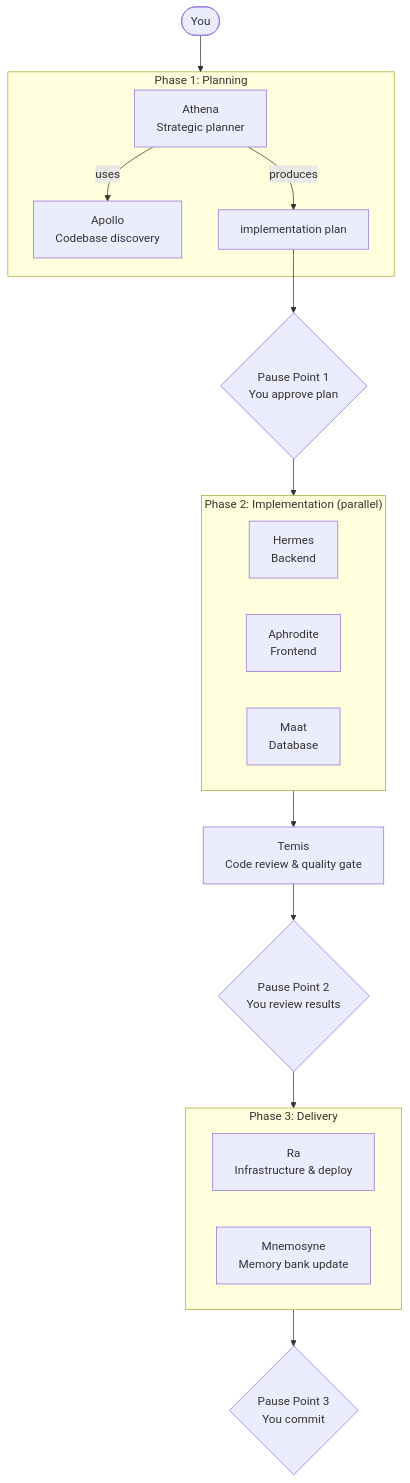
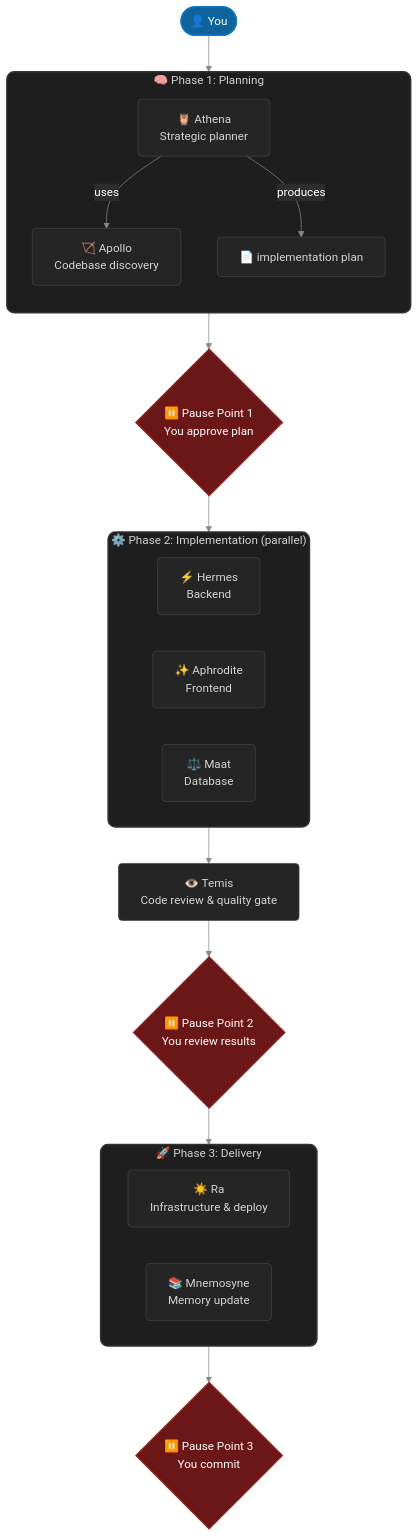
Before and after one commit to ils15/pantheon: the first of 2 diagrams in README.md, drawn with Mermaid. The commit also changed other lines of this file, not shown here.

Commit message:
docs: enhance Mermaid diagrams with improved styling and add a new section detailing VS Code Handoff integration.

````diff
--- a/README.md
+++ b/README.md
@@ -44,31 +44,43 @@
 ```mermaid
+%%{init: {'theme': 'base', 'themeVariables': { 'primaryColor': '#1e1e1e', 'primaryTextColor': '#fff', 'primaryBorderColor': '#333', 'lineColor': '#888', 'secondaryColor': '#2d2d2d', 'tertiaryColor': '#2d2d2d'}}}%%
 flowchart TD
-    User([You]) --> P1
+    classDef default fill:#252526,stroke:#454545,stroke-width:1px,color:#d4d4d4,rx:5px,ry:5px;
+    classDef highlight fill:#0e639c,stroke:#1177bb,stroke-width:2px,color:#ffffff,rx:8px,ry:8px;
+    classDef pause fill:#6b1717,stroke:#901f1f,stroke-width:2px,color:#ffffff,rx:8px,ry:8px;
 
-    subgraph P1["Phase 1: Planning"]
-        Athena[Athena\nStrategic planner]
-        Apollo1[Apollo\nCodebase discovery]
+    User([👤 You]):::highlight --> P1
+
+    subgraph P1["🧠 Phase 1: Planning"]
+        direction TB
+        Athena["🦉 Athena<br/>Strategic planner"]
+        Apollo1["🏹 Apollo<br/>Codebase discovery"]
         Athena -- uses --> Apollo1
-        Athena -- produces --> Plan[implementation plan]
+        Athena -- produces --> Plan["📄 implementation plan"]
     end
 
-    Plan --> Pause1{Pause Point 1\nYou approve plan}
+    Plan --> Pause1{"⏸️ Pause Point 1<br/>You approve plan"}:::pause
     Pause1 --> P2
 
-    subgraph P2["Phase 2: Implementation (parallel)"]
-        Hermes[Hermes\nBackend]
-        Aphrodite[Aphrodite\nFrontend]
-        Maat[Maat\nDatabase]
+    subgraph P2["⚙️ Phase 2: Implementation (parallel)"]
+        direction LR
+        Hermes["⚡ Hermes<br/>Backend"]
+        Aphrodite["✨ Aphrodite<br/>Frontend"]
+        Maat["⚖️ Maat<br/>Database"]
     end
 
-    P2 --> Temis[Temis\nCode review & quality gate]
-    Temis --> Pause2{Pause Point 2\nYou review results}
+    P2 --> Temis["👁️ Temis<br/>Code review & quality gate"]
+    Temis --> Pause2{"⏸️ Pause Point 2<br/>You review results"}:::pause
     Pause2 --> P3
 
-    subgraph P3["Phase 3: Delivery"]
-        Ra[Ra\nInfrastructure & deploy]
-        Mnemosyne[Mnemosyne\nMemory bank update]
+    subgraph P3["🚀 Phase 3: Delivery"]
+        direction LR
+        Ra["☀️ Ra<br/>Infrastructure & deploy"]
+        Mnemosyne["📚 Mnemosyne<br/>Memory update"]
     end
 
-    P3 --> Pause3{Pause Point 3\nYou commit}
+    P3 --> Pause3{"⏸️ Pause Point 3<br/>You commit"}:::pause
+    
+    style P1 fill:#1e1e1e,stroke:#333,stroke-width:2px,rx:10px
+    style P2 fill:#1e1e1e,stroke:#333,stroke-width:2px,rx:10px
+    style P3 fill:#1e1e1e,stroke:#333,stroke-width:2px,rx:10px
 ```
````
